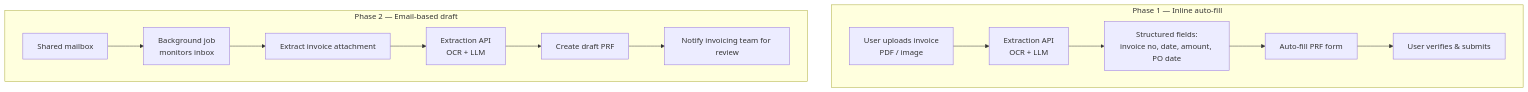
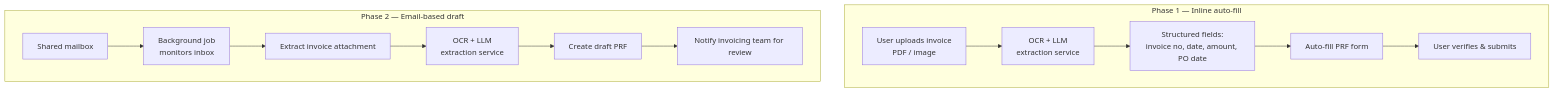
One commit to rajuslaw/rajuslaw changed the diagram in invoice-extraction.md. Above: the diagram before and after it, drawn with Mermaid. The commit also changed other lines of this file and 2 other files, not shown here.

````diff
--- a/invoice-extraction.md
+++ b/invoice-extraction.md
@@ -35,16 +57,16 @@
 ```mermaid
 flowchart TB
     subgraph Phase1[Phase 1 — Inline auto-fill]
-        U1[User uploads invoice<br/>PDF / image] --> EX1[Extraction API<br/>OCR + LLM]
+        U1[User uploads invoice<br/>PDF / image] --> EX1[OCR + LLM<br/>extraction service]
         EX1 --> F1[Structured fields:<br/>invoice no, date, amount, PO date]
         F1 --> FORM[Auto-fill PRF form]
         FORM --> V1[User verifies & submits]
     end
     subgraph Phase2[Phase 2 — Email-based draft]
         MBX[Shared mailbox] --> JOB[Background job<br/>monitors inbox]
         JOB --> AT[Extract invoice attachment]
-        AT --> EX2[Extraction API<br/>OCR + LLM]
+        AT --> EX2[OCR + LLM<br/>extraction service]
         EX2 --> DRAFT[Create draft PRF]
         DRAFT --> NOTIFY[Notify invoicing team for review]
     end
 ```
````
